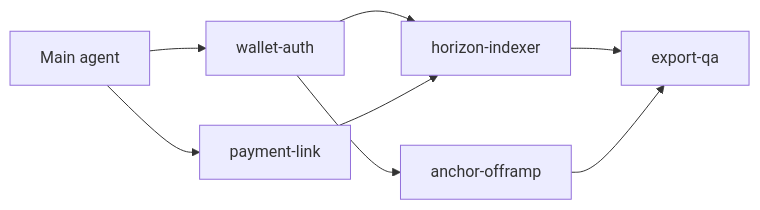
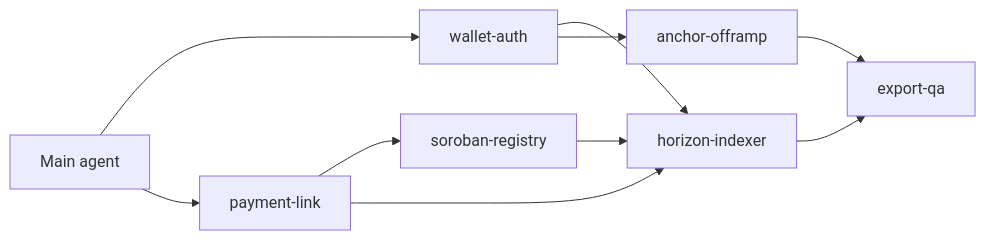
The diagram in docs/sad-gig-payout.md (Axon-Enjin/syphus), drawn with Mermaid before and after one commit. The commit also changed other lines of this file and 42 other files, not shown here.

First line of the commit message:
feat: integrate Soroban PaymentRegistry for on-chain payment attestation (PRD-F9)

````diff
--- a/docs/sad-gig-payout.md
+++ b/docs/sad-gig-payout.md
@@ -96,10 +108,12 @@
 ```mermaid
 flowchart LR
   Main[Main agent] --> W[wallet-auth]
   Main --> P[payment-link]
+  P --> S[soroban-registry]
   W --> H[horizon-indexer]
   P --> H
+  S --> H
   W --> A[anchor-offramp]
   H --> E[export-qa]
   A --> E
 ```
````
